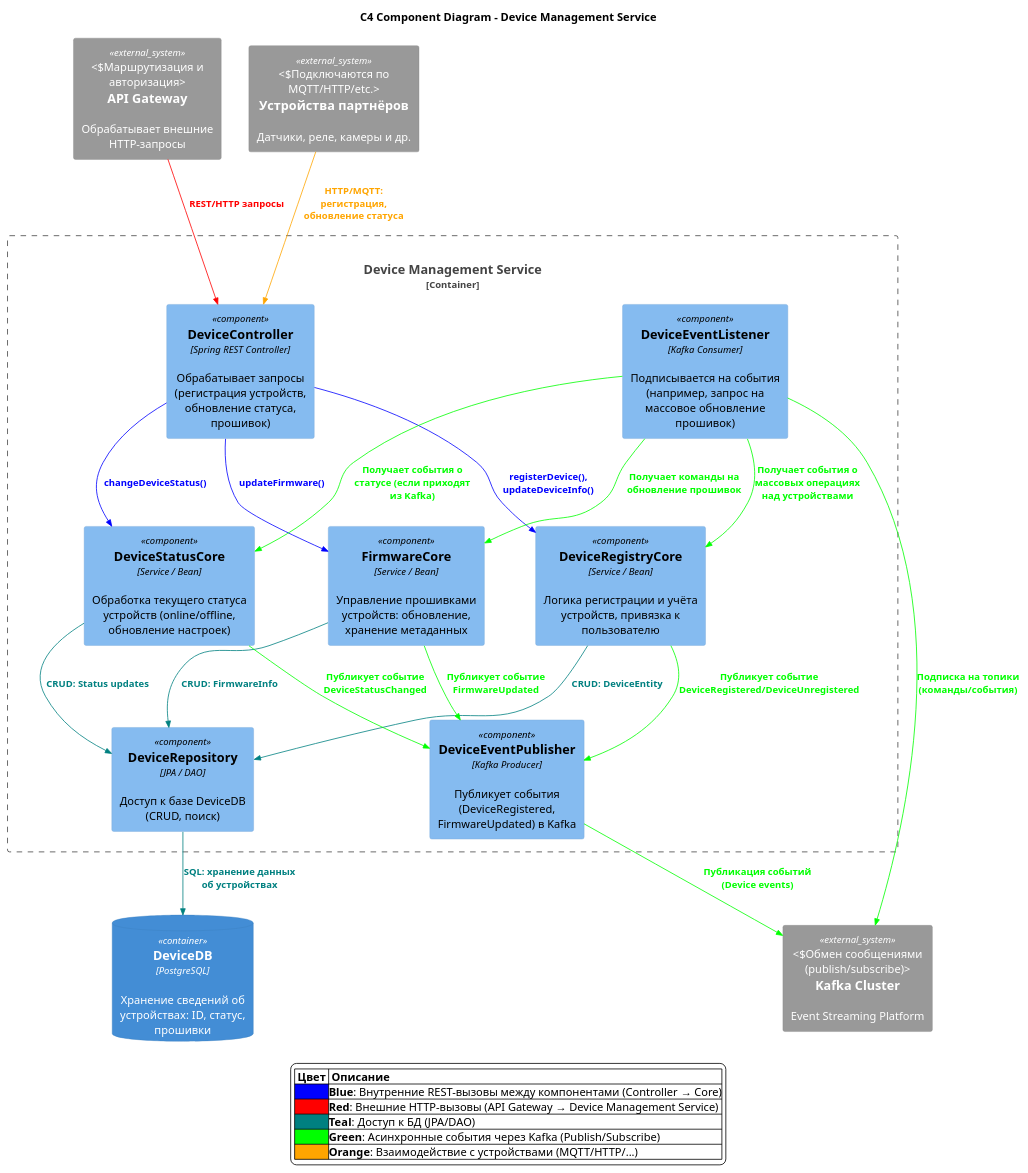
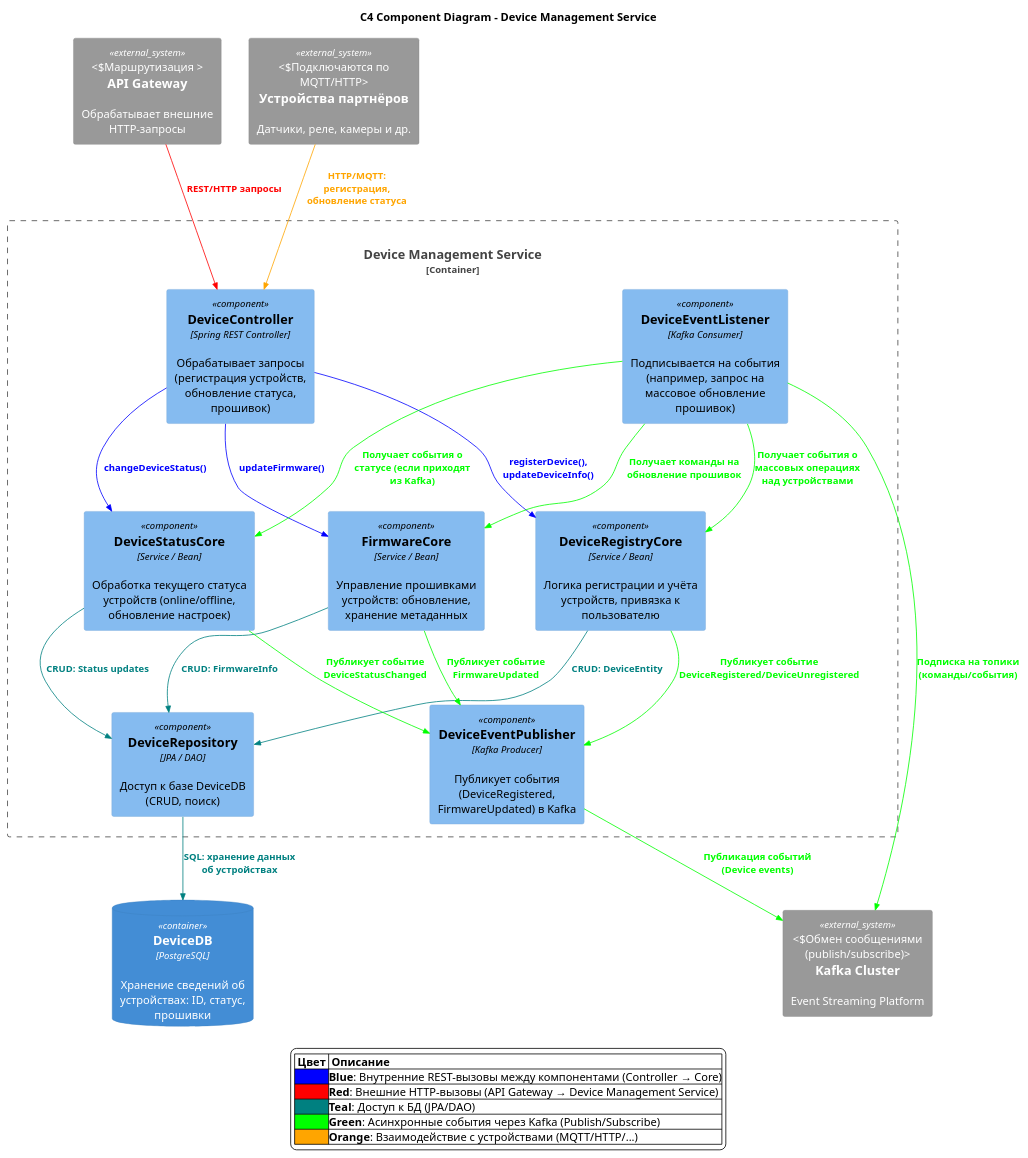
The diagram in docs/to_be/component_ds.puml (abryzgin/architecture-sprint-3), drawn with PlantUML before and after one commit. The commit also changed 5 other files, not shown here.

```diff
--- a/docs/to_be/component_ds.puml
+++ b/docs/to_be/component_ds.puml
@@ -1,82 +1,82 @@
 @startuml
 !include ../C4/C4_Component.puml
 
 ' Делаем связи по умолчанию чёрными
 UpdateRelStyle(black, black)
 
 ' Объявляем теги, используемые для цветных линий
 AddRelTag("blueLine",   $lineColor="#0000FF", $textColor="#0000FF")
 AddRelTag("redLine",    $lineColor="#FF0000", $textColor="#FF0000")
 AddRelTag("tealLine",   $lineColor="#008080", $textColor="#008080")
 AddRelTag("greenLine",  $lineColor="#00FF00", $textColor="#00FF00")
 AddRelTag("orangeLine", $lineColor="#FFA500", $textColor="#FFA500")
 
 title C4 Component Diagram – Device Management Service
 
 ' -- Внешние объекты (за пределами deviceService) --
-System_Ext(apiGateway, "API Gateway", "Обрабатывает внешние HTTP-запросы", "Маршрутизация и авторизация")
+System_Ext(apiGateway, "API Gateway", "Обрабатывает внешние HTTP-запросы", "Маршрутизация ")
 System_Ext(kafka, "Kafka Cluster", "Event Streaming Platform", "Обмен сообщениями (publish/subscribe)")
-System_Ext(partnerDevices, "Устройства партнёров", "Датчики, реле, камеры и др.", "Подключаются по MQTT/HTTP/etc.")
+System_Ext(partnerDevices, "Устройства партнёров", "Датчики, реле, камеры и др.", "Подключаются по MQTT/HTTP")
 ContainerDb(deviceDb, "DeviceDB", "PostgreSQL", "Хранение сведений об устройствах: ID, статус, прошивки")
 
 '
 ' --- Граница микросервиса Device Management Service ---
 '
 Container_Boundary(deviceService, "Device Management Service", "Java/Spring Boot") {
     Component(deviceController, "DeviceController", "Spring REST Controller", "Обрабатывает запросы (регистрация устройств, обновление статуса, прошивок)")
     Component(deviceRegistryCore, "DeviceRegistryCore", "Service / Bean", "Логика регистрации и учёта устройств, привязка к пользователю")
     Component(firmwareCore, "FirmwareCore", "Service / Bean", "Управление прошивками устройств: обновление, хранение метаданных")
     Component(deviceStatusCore, "DeviceStatusCore", "Service / Bean", "Обработка текущего статуса устройств (online/offline, обновление настроек)")
     Component(deviceRepository, "DeviceRepository", "JPA / DAO", "Доступ к базе DeviceDB (CRUD, поиск)")
     Component(eventListener, "DeviceEventListener", "Kafka Consumer", "Подписывается на события (например, запрос на массовое обновление прошивок)")
     Component(eventPublisher, "DeviceEventPublisher", "Kafka Producer", "Публикует события (DeviceRegistered, FirmwareUpdated) в Kafka")
 }
 
 '
 ' --- Связи между внутренними компонентами (внутри Boundary) ---
 '
 Rel(deviceController, deviceRegistryCore, "registerDevice(), updateDeviceInfo()", $tags="blueLine")
 Rel(deviceController, firmwareCore,       "updateFirmware()",                     $tags="blueLine")
 Rel(deviceController, deviceStatusCore,   "changeDeviceStatus()",                $tags="blueLine")
 
 Rel(deviceRegistryCore, deviceRepository, "CRUD: DeviceEntity",      $tags="tealLine")
 Rel(firmwareCore,       deviceRepository, "CRUD: FirmwareInfo",      $tags="tealLine")
 Rel(deviceStatusCore,   deviceRepository, "CRUD: Status updates",    $tags="tealLine")
 
 Rel(eventListener, deviceRegistryCore, "Получает события о массовых операциях над устройствами", $tags="greenLine")
 Rel(eventListener, firmwareCore,       "Получает команды на обновление прошивок",               $tags="greenLine")
 Rel(eventListener, deviceStatusCore,   "Получает события о статусе (если приходят из Kafka)",    $tags="greenLine")
 
 Rel(deviceRegistryCore, eventPublisher, "Публикует событие DeviceRegistered/DeviceUnregistered", $tags="greenLine")
 Rel(firmwareCore,       eventPublisher, "Публикует событие FirmwareUpdated",                     $tags="greenLine")
 Rel(deviceStatusCore,   eventPublisher, "Публикует событие DeviceStatusChanged",                 $tags="greenLine")
 
 '
 ' --- Связи с внешними системами ---
 '
 Rel(apiGateway, deviceController, "REST/HTTP запросы", $tags="redLine")
 Rel(deviceRepository, deviceDb,   "SQL: хранение данных об устройствах", $tags="tealLine")
 
 Rel(eventListener, kafka,   "Подписка на топики (команды/события)", $tags="greenLine")
 Rel(eventPublisher, kafka,  "Публикация событий (Device events)",   $tags="greenLine")
 
 ' Взаимодействие устройств с сервисом
 Rel(partnerDevices, deviceController, "HTTP/MQTT: регистрация, обновление статуса", $tags="orangeLine")
 
 '
 ' --- Легенда ---
 '
 skinparam legend {
   BackgroundColor #FFFFFF
   BorderColor #000000
   FontColor #000000
 }
 legend
 |= Цвет |= Описание |
 |<#0000FF>|**Blue**: Внутренние REST-вызовы между компонентами (Controller → Core)|
 |<#FF0000>|**Red**: Внешние HTTP-вызовы (API Gateway → Device Management Service)|
 |<#008080>|**Teal**: Доступ к БД (JPA/DAO)|
 |<#00FF00>|**Green**: Асинхронные события через Kafka (Publish/Subscribe)|
 |<#FFA500>|**Orange**: Взаимодействие с устройствами (MQTT/HTTP/...)|
 end legend
 @enduml
```
